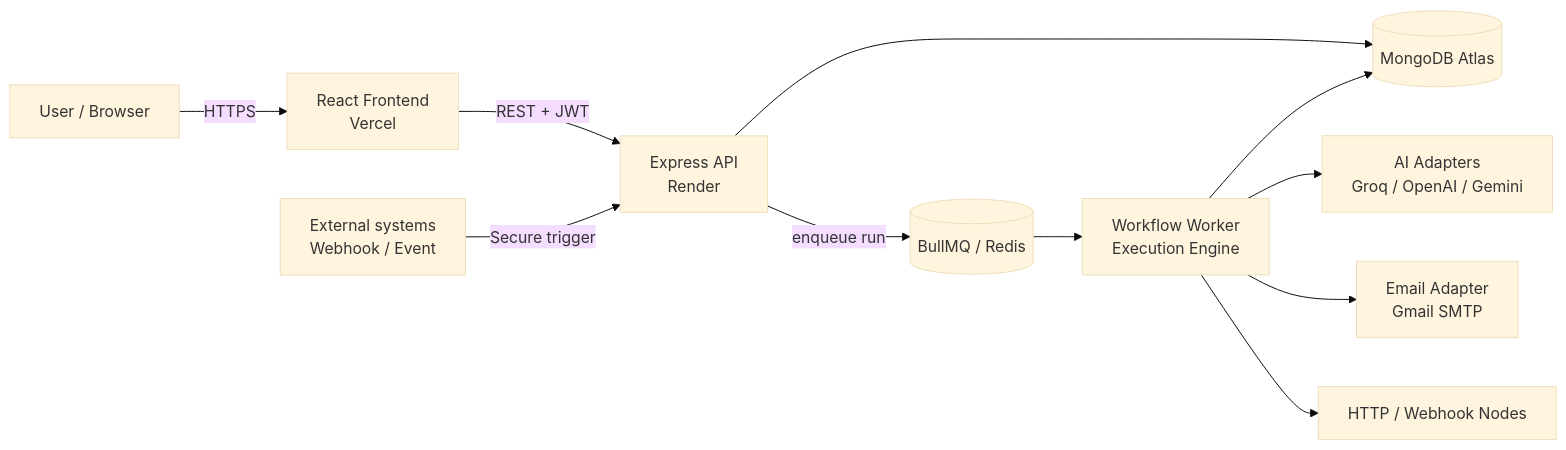
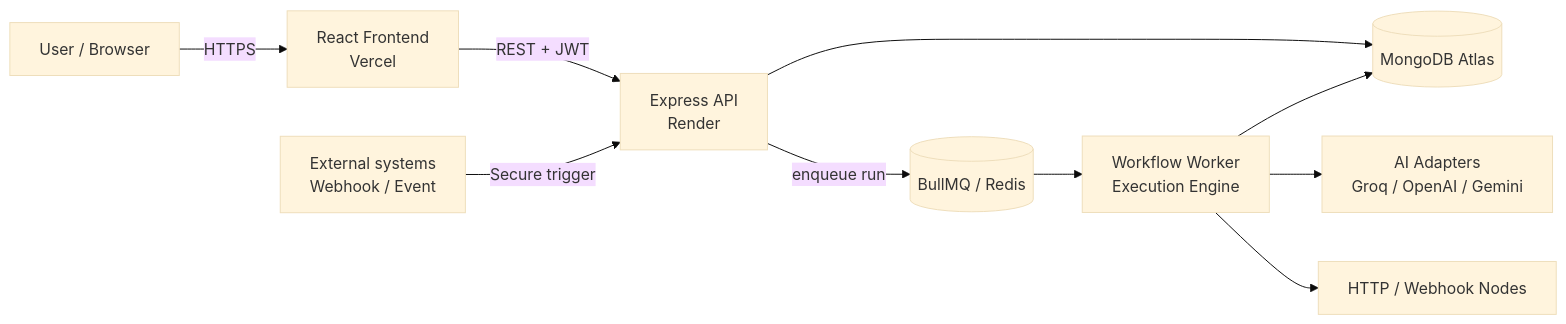
One commit to mhd-faraz/Relay-Workflow-Automation changed the first of 2 diagrams in README.md. Above: the diagram before and after it, drawn with Mermaid (base theme). The commit also changed other lines of this file and 40 other files, not shown here.

````diff
--- a/README.md
+++ b/README.md
@@ -57,13 +59,12 @@
 ```mermaid
 flowchart LR
     U[User / Browser] -->|HTTPS| FE[React Frontend\nVercel]
     FE -->|REST + JWT| API[Express API\nRender]
     EXT[External systems\nWebhook / Event] -->|Secure trigger| API
     API --> DB[(MongoDB Atlas)]
     API -->|enqueue run| Q[(BullMQ / Redis)]
     Q --> W[Workflow Worker\nExecution Engine]
     W --> DB
     W --> AI[AI Adapters\nGroq / OpenAI / Gemini]
-    W --> MAIL[Email Adapter\nGmail SMTP]
     W --> HTTP[HTTP / Webhook Nodes]
 ```
````
